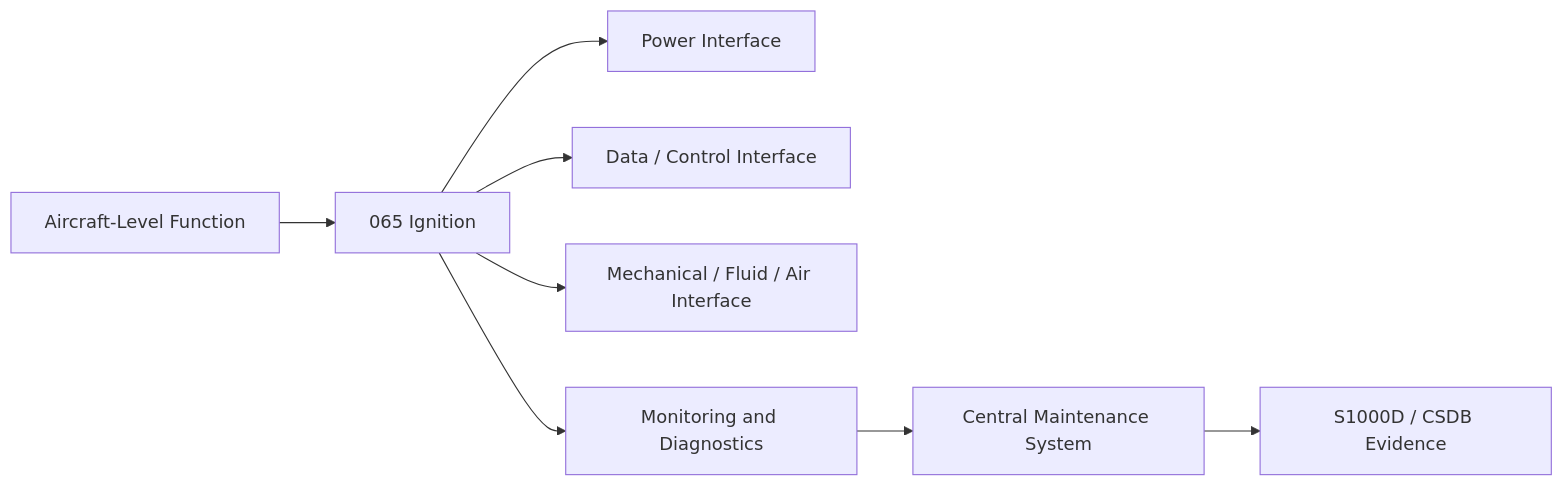
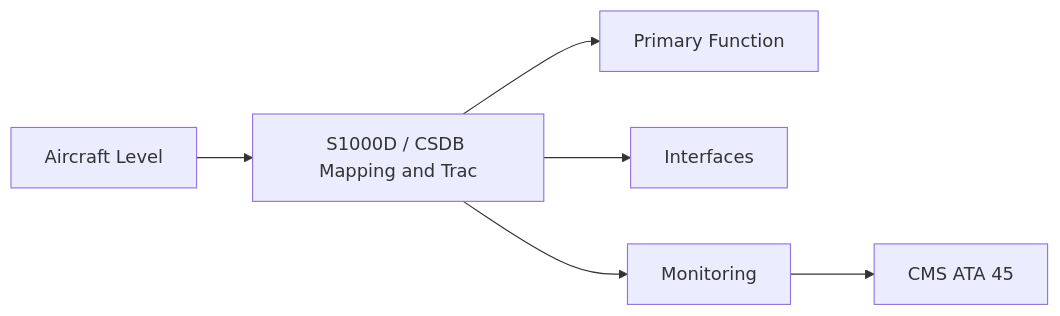
The first of 2 diagrams in Q+ATLANTIDE/000-099_ATLAS/060-069_Propulsion-Tradicional/065_Ignition/065-090-S1000D-CSDB-Mapping-and-Traceability.md (AmedeoPelliccia/Qplus-For-All-Queer-People-and-Quantum), drawn with Mermaid before and after one commit. The commit also changed other lines of this file and 74 other files, not shown here.

````diff
--- a/Q+ATLANTIDE/000-099_ATLAS/060-069_Propulsion-Tradicional/065_Ignition/065-090-S1000D-CSDB-Mapping-and-Traceability.md
+++ b/Q+ATLANTIDE/000-099_ATLAS/060-069_Propulsion-Tradicional/065_Ignition/065-090-S1000D-CSDB-Mapping-and-Traceability.md
@@ -153,10 +83,8 @@
 ```mermaid
 flowchart LR
-    A[Aircraft-Level Function] --> B[065 Ignition]
-    B --> C[Power Interface]
-    B --> D[Data / Control Interface]
-    B --> E[Mechanical / Fluid / Air Interface]
-    B --> F[Monitoring and Diagnostics]
-    F --> G[Central Maintenance System]
-    G --> H[S1000D / CSDB Evidence]
+    A[Aircraft Level] --> B[S1000D / CSDB Mapping and Trac]
+    B --> C[Primary Function]
+    B --> D[Interfaces]
+    B --> E[Monitoring]
+    E --> F[CMS ATA 45]
 ```
````
